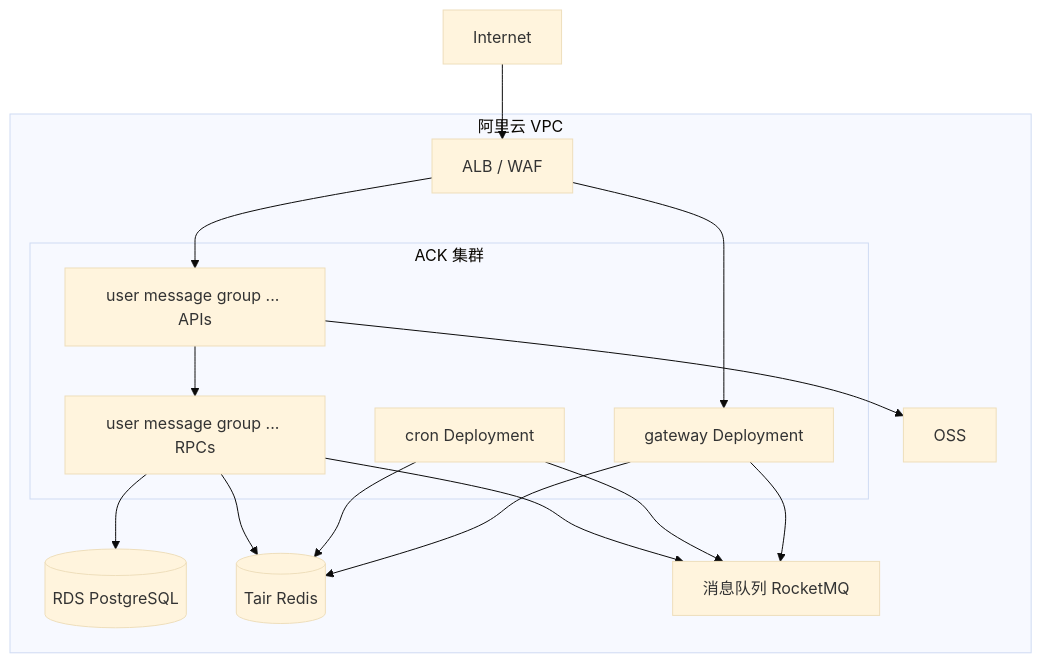
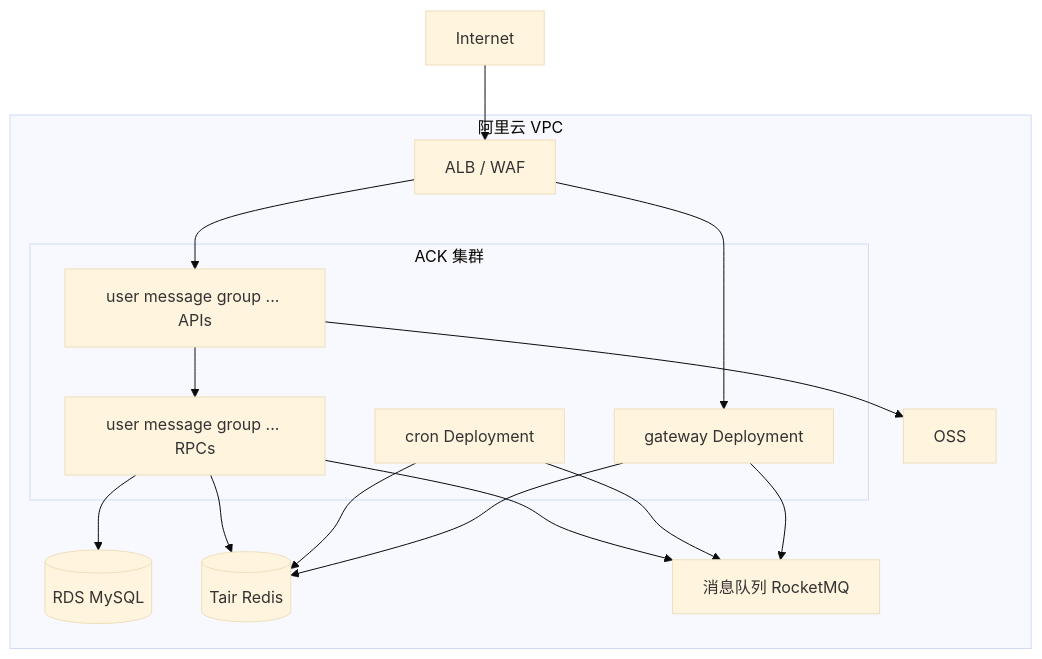
One commit to AlbertChenshiqi/im changed the sixth of 6 diagrams in README.md. Above: the diagram before and after it, drawn with Mermaid (base theme). The commit also changed other lines of this file and 147 other files, not shown here.

````diff
--- a/README.md
+++ b/README.md
@@ -676,29 +705,29 @@
 ```mermaid
 flowchart TB
   subgraph aliyun [阿里云 VPC]
     ALB[ALB / WAF]
     subgraph ack [ACK 集群]
       GW[gateway Deployment]
       APIs[user message group ... APIs]
       RPCs[user message group ... RPCs]
       CronDep[cron Deployment]
     end
-    RDS[(RDS PostgreSQL)]
+    RDS[(RDS MySQL)]
     Tair[(Tair Redis)]
     RMQCloud[消息队列 RocketMQ]
     OSS[OSS]
   end
 
   Internet --> ALB
   ALB --> APIs
   ALB --> GW
   APIs --> RPCs
   RPCs --> RDS
   RPCs --> Tair
   RPCs --> RMQCloud
   CronDep --> RMQCloud
   CronDep --> Tair
   GW --> RMQCloud
   GW --> Tair
   APIs --> OSS
 ```
````
